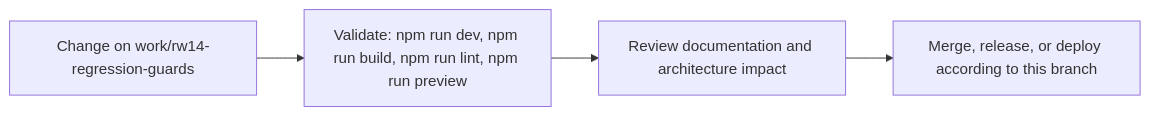
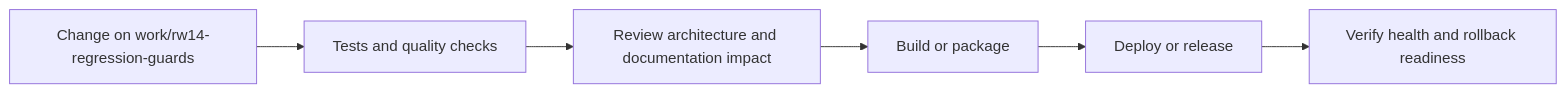
One commit to Nischhalsubba/Reeja-Maharjan-Website-2026 changed the fourth of 5 diagrams in README.md. Above: the diagram before and after it, drawn with Mermaid. The commit also changed other lines of this file, not shown here.

````diff
--- a/README.md
+++ b/README.md
@@ -81,8 +161,8 @@
 ```mermaid
 flowchart LR
-    CHANGE["Change on work/rw14-regression-guards"]
-    CHECK["Validate: npm run dev, npm run build, npm run lint, npm run preview"]
-    REVIEW["Review documentation and architecture impact"]
-    RELEASE["Merge, release, or deploy according to this branch"]
-    CHANGE --> CHECK --> REVIEW --> RELEASE
+    CHANGE["Change on work/rw14-regression-guards"] --> CHECK["Tests and quality checks"]
+    CHECK --> REVIEW["Review architecture and documentation impact"]
+    REVIEW --> BUILD["Build or package"]
+    BUILD --> DEPLOY["Deploy or release"]
+    DEPLOY --> VERIFY["Verify health and rollback readiness"]
 ```
````
